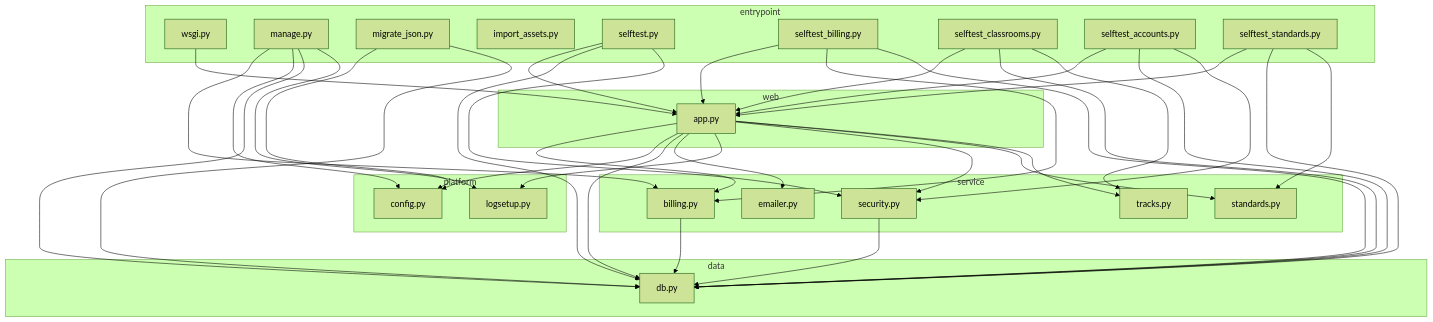
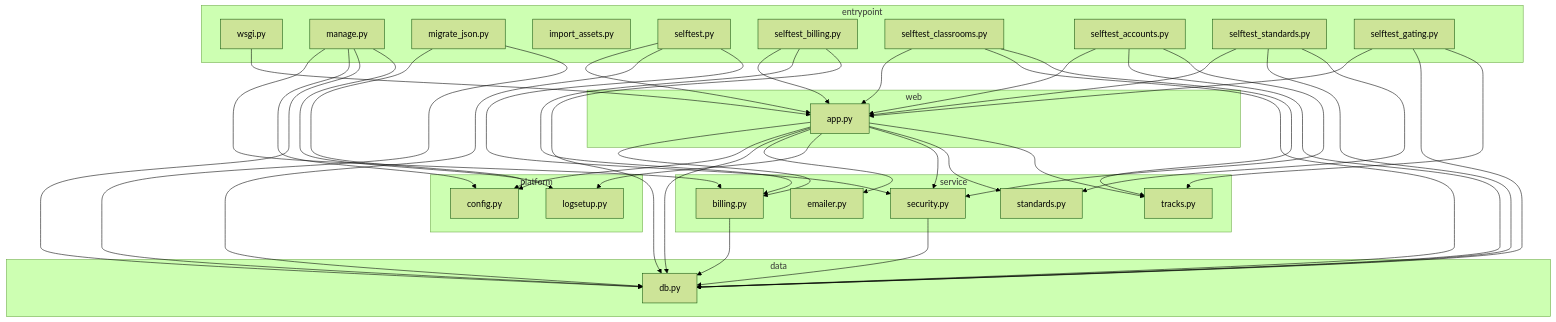
One commit to shry9735/Book-Trial-Thing changed the diagram in docs/CALLGRAPH.md. Above: the diagram before and after it, drawn with Mermaid (forest theme). The commit also changed other lines of this file and 19 other files, not shown here.

````diff
--- a/docs/CALLGRAPH.md
+++ b/docs/CALLGRAPH.md
@@ -18,63 +18,67 @@
 ```mermaid
 graph TD
     subgraph L0["entrypoint"]
         wsgi["wsgi.py"]
         manage["manage.py"]
         migrate_json["migrate_json.py"]
         import_assets["import_assets.py"]
         selftest["selftest.py"]
         selftest_billing["selftest_billing.py"]
         selftest_classrooms["selftest_classrooms.py"]
         selftest_accounts["selftest_accounts.py"]
         selftest_standards["selftest_standards.py"]
+        selftest_gating["selftest_gating.py"]
     end
     subgraph L1["web"]
         app["app.py"]
     end
     subgraph L2["service"]
         billing["billing.py"]
         security["security.py"]
         emailer["emailer.py"]
         tracks["tracks.py"]
         standards["standards.py"]
     end
     subgraph L3["data"]
         db["db.py"]
     end
     subgraph L4["platform"]
         config["config.py"]
         logsetup["logsetup.py"]
     end
     app --> billing
     app --> config
     app --> db
     app --> emailer
     app --> logsetup
     app --> security
     app --> standards
     app --> tracks
     billing --> db
     manage --> billing
     manage --> config
     manage --> db
     manage --> logsetup
     migrate_json --> config
     migrate_json --> db
     security --> db
     selftest --> app
     selftest --> db
     selftest --> security
     selftest_accounts --> app
     selftest_accounts --> db
     selftest_accounts --> security
     selftest_billing --> app
     selftest_billing --> billing
     selftest_billing --> db
     selftest_classrooms --> app
     selftest_classrooms --> db
     selftest_classrooms --> tracks
+    selftest_gating --> app
+    selftest_gating --> db
+    selftest_gating --> tracks
     selftest_standards --> app
     selftest_standards --> db
     selftest_standards --> standards
     wsgi --> app
 ```
````
